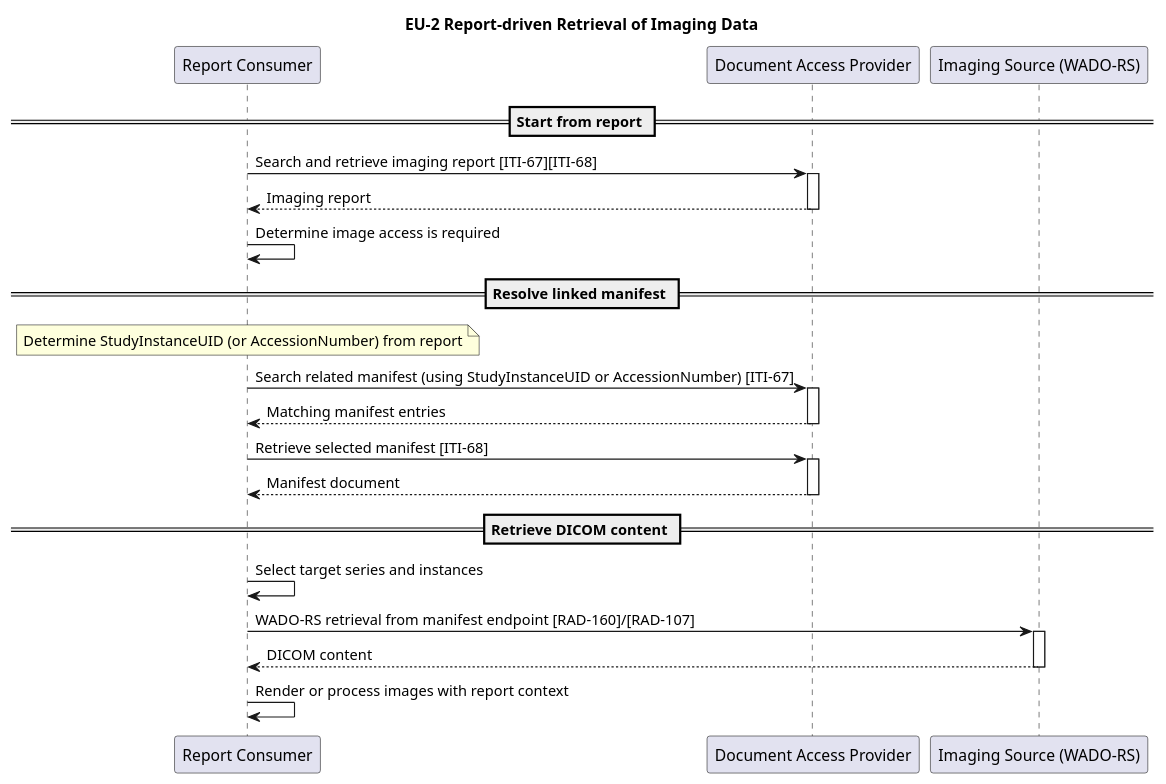
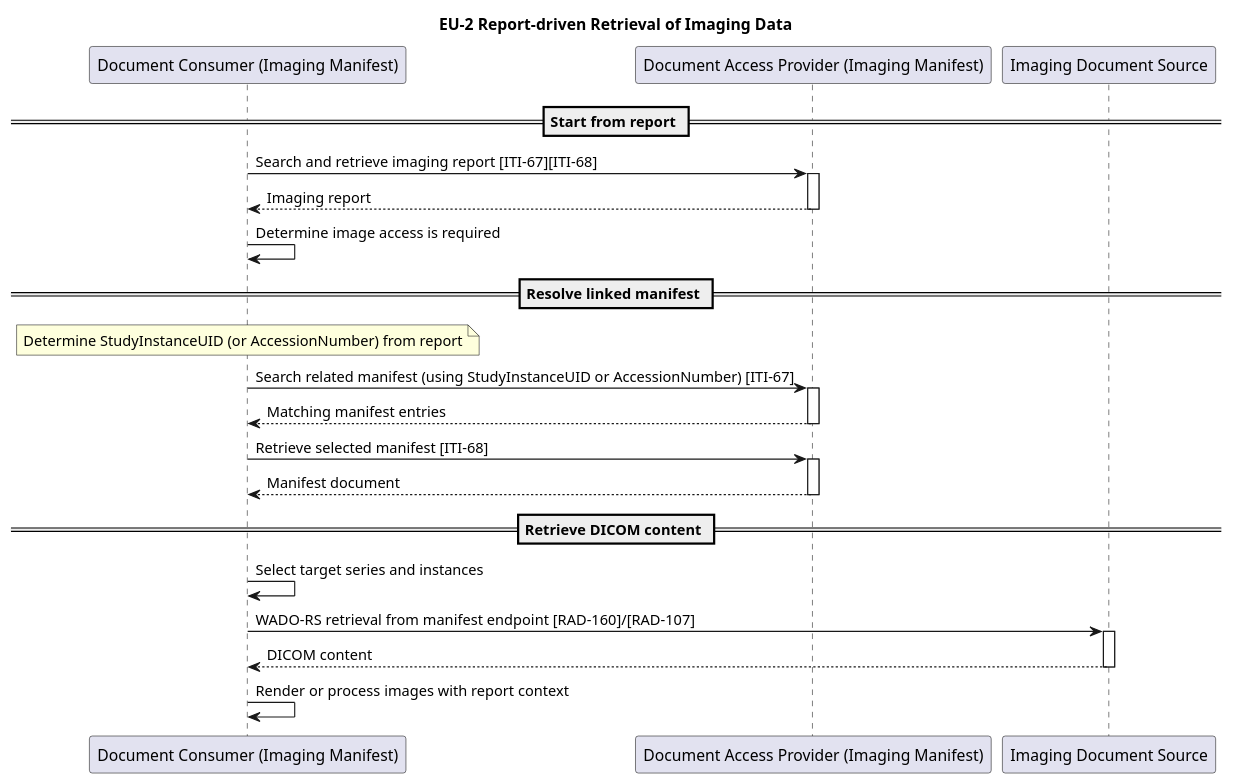
The diagram in input/images-source/mado-volume1-eu2-report-driven-retrieval.plantuml (hl7-eu/imaging-manifest), drawn with PlantUML before and after one commit. The commit also changed 9 other files, not shown here.

```diff
--- a/input/images-source/mado-volume1-eu2-report-driven-retrieval.plantuml
+++ b/input/images-source/mado-volume1-eu2-report-driven-retrieval.plantuml
@@ -1,26 +1,26 @@
 @startuml
     title EU-2 Report-driven Retrieval of Imaging Data
 
-    participant "Report Consumer" as Consumer
-    participant "Document Access Provider" as DocProvider
-    participant "Imaging Source (WADO-RS)" as Wado
+    participant "Document Consumer (Imaging Manifest)" as Consumer
+    participant "Document Access Provider (Imaging Manifest)" as DocProvider
+    participant "Imaging Document Source" as Wado
 
     == Start from report ==
     Consumer -> DocProvider ++: Search and retrieve imaging report [ITI-67][ITI-68]
     DocProvider --> Consumer --: Imaging report
     Consumer -> Consumer: Determine image access is required
 
     == Resolve linked manifest ==
     note over Consumer: Determine StudyInstanceUID (or AccessionNumber) from report
     Consumer -> DocProvider ++: Search related manifest (using StudyInstanceUID or AccessionNumber) [ITI-67]
     DocProvider --> Consumer --: Matching manifest entries
     Consumer -> DocProvider ++: Retrieve selected manifest [ITI-68]
     DocProvider --> Consumer --: Manifest document
 
     == Retrieve DICOM content ==
     Consumer -> Consumer: Select target series and instances
     Consumer -> Wado ++: WADO-RS retrieval from manifest endpoint [RAD-160]/[RAD-107]
     Wado --> Consumer --: DICOM content
     Consumer -> Consumer: Render or process images with report context
 
 @enduml
```
